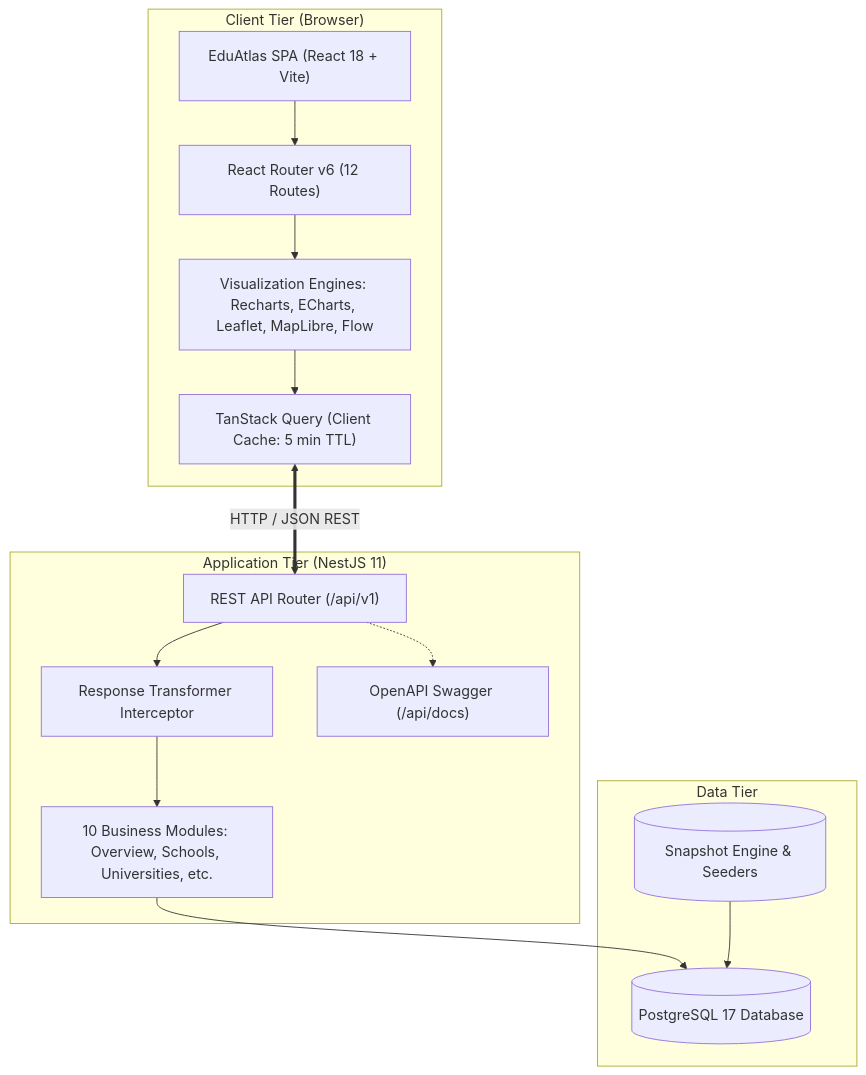
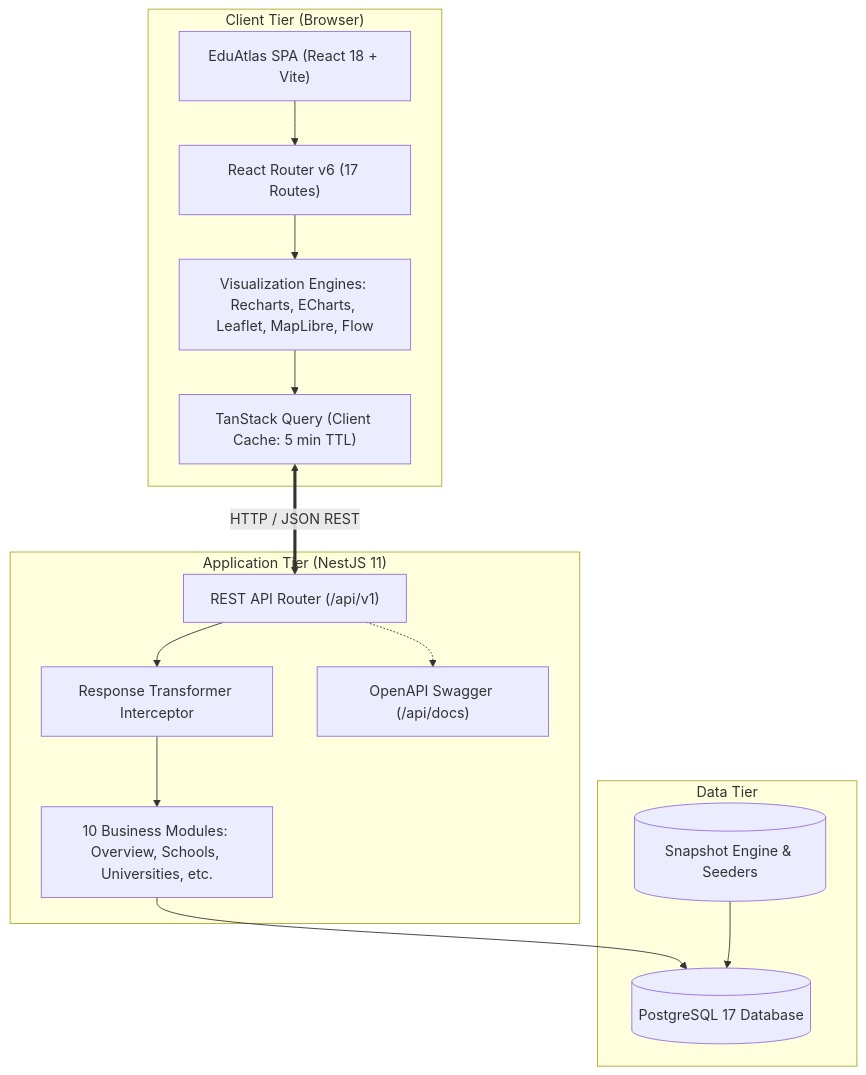
One commit to vincent-guizot/edu-atlas changed the first of 2 diagrams in docs/architecture.md. Above: the diagram before and after it, drawn with Mermaid. The commit also changed other lines of this file and 13 other files, not shown here.

Commit message:
docs: synchronize all architecture, PRD, design system, and API documentation for v1.2.0

````diff
--- a/docs/architecture.md
+++ b/docs/architecture.md
@@ -53,31 +55,31 @@
 ```mermaid
 flowchart TD
     subgraph Client["Client Tier (Browser)"]
         UI["EduAtlas SPA (React 18 + Vite)"]
         TC["TanStack Query (Client Cache: 5 min TTL)"]
-        Router["React Router v6 (12 Routes)"]
+        Router["React Router v6 (17 Routes)"]
         Viz["Visualization Engines: Recharts, ECharts, Leaflet, MapLibre, Flow"]
         UI --> Router
         Router --> Viz
         Viz --> TC
     end
 
     subgraph Server["Application Tier (NestJS 11)"]
         API["REST API Router (/api/v1)"]
         Interceptor["Response Transformer Interceptor"]
         Modules["10 Business Modules: Overview, Schools, Universities, etc."]
         Swagger["OpenAPI Swagger (/api/docs)"]
         API --> Interceptor
         Interceptor --> Modules
         API -.-> Swagger
     end
 
     subgraph DataTier["Data Tier"]
         DB[("PostgreSQL 17 Database")]
         Snapshots[("Snapshot Engine & Seeders")]
         Modules --> DB
         Snapshots --> DB
     end
 
     TC <== "HTTP / JSON REST" ==> API
 ```
````
